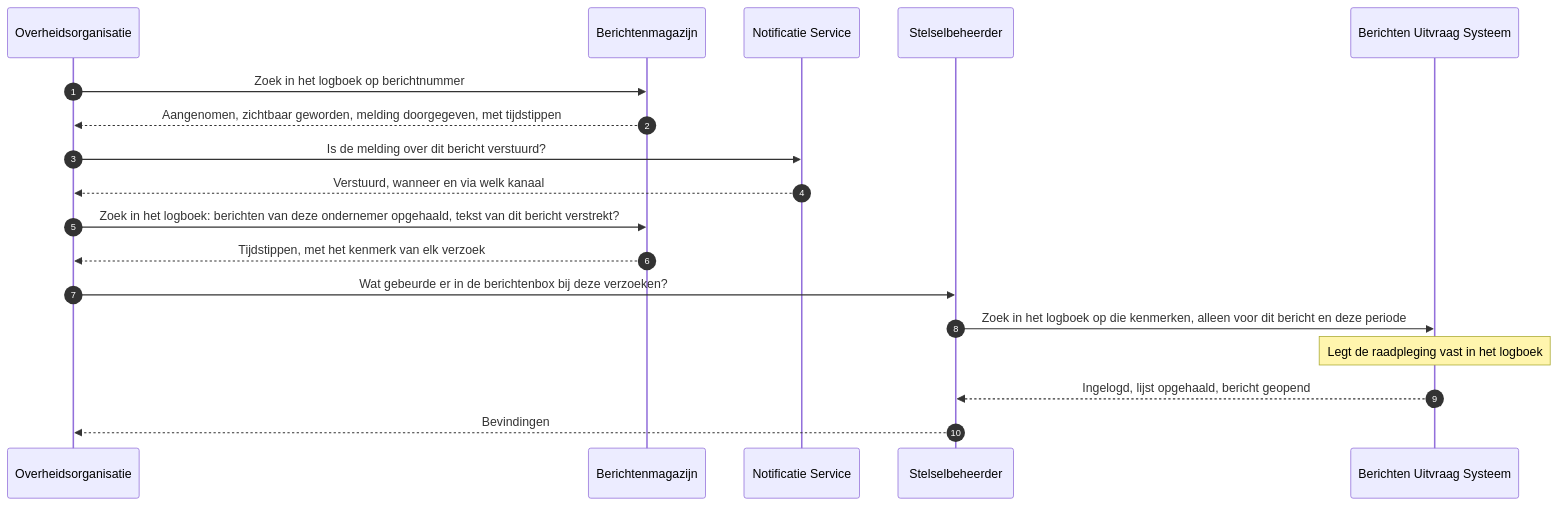
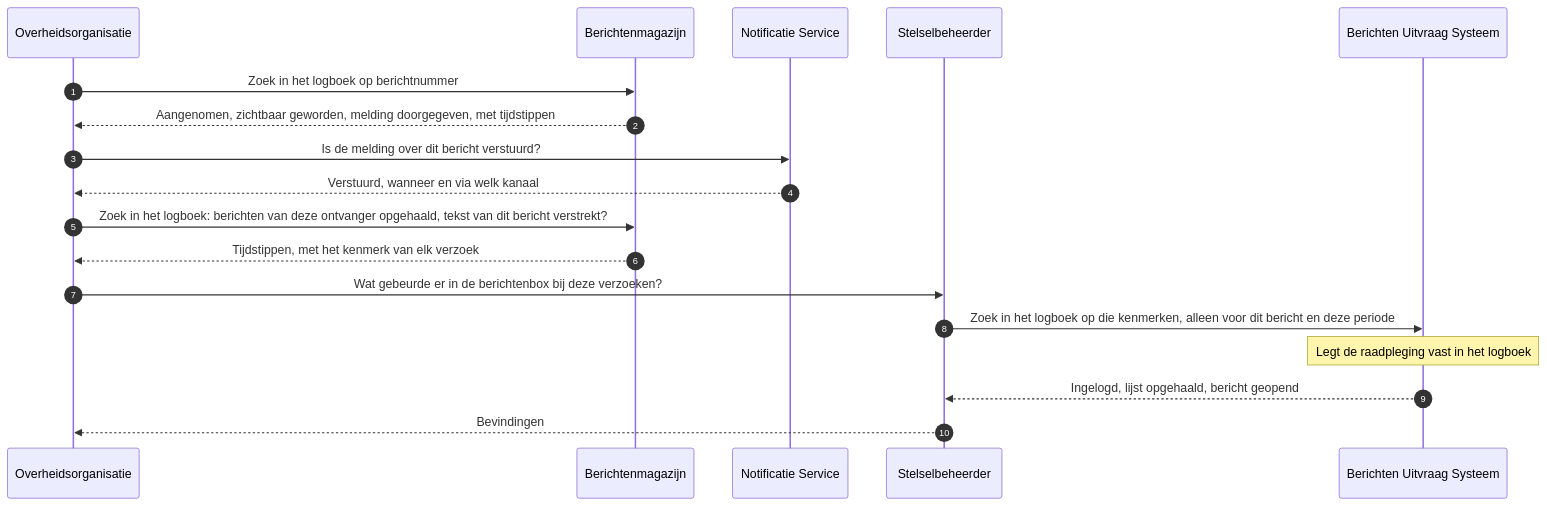
The diagram in docs/architecture/workspace-docs/13-uc9-bericht-gezien.md (MinBZK/moza-poc-fbs-berichtenbox), drawn with Mermaid before and after one commit. The commit also changed other lines of this file and 15 other files, not shown here.

First line of the commit message:
docs(architectuur): use cases generiek voor burgers en ondernemers

````diff
--- a/docs/architecture/workspace-docs/13-uc9-bericht-gezien.md
+++ b/docs/architecture/workspace-docs/13-uc9-bericht-gezien.md
@@ -33,21 +34,21 @@
 ```mermaid
 sequenceDiagram
     autonumber
     participant ORG as Overheidsorganisatie
     participant MAG as Berichtenmagazijn
     participant NOT as Notificatie Service
     participant SB as Stelselbeheerder
     participant FBS as Berichten Uitvraag Systeem
 
     ORG->>MAG: Zoek in het logboek op berichtnummer
     MAG-->>ORG: Aangenomen, zichtbaar geworden, melding doorgegeven, met tijdstippen
     ORG->>NOT: Is de melding over dit bericht verstuurd?
     NOT-->>ORG: Verstuurd, wanneer en via welk kanaal
-    ORG->>MAG: Zoek in het logboek: berichten van deze ondernemer opgehaald, tekst van dit bericht verstrekt?
+    ORG->>MAG: Zoek in het logboek: berichten van deze ontvanger opgehaald, tekst van dit bericht verstrekt?
     MAG-->>ORG: Tijdstippen, met het kenmerk van elk verzoek
     ORG->>SB: Wat gebeurde er in de berichtenbox bij deze verzoeken?
     SB->>FBS: Zoek in het logboek op die kenmerken, alleen voor dit bericht en deze periode
     Note over FBS: Legt de raadpleging vast in het logboek
     FBS-->>SB: Ingelogd, lijst opgehaald, bericht geopend
     SB-->>ORG: Bevindingen
 ```
````
